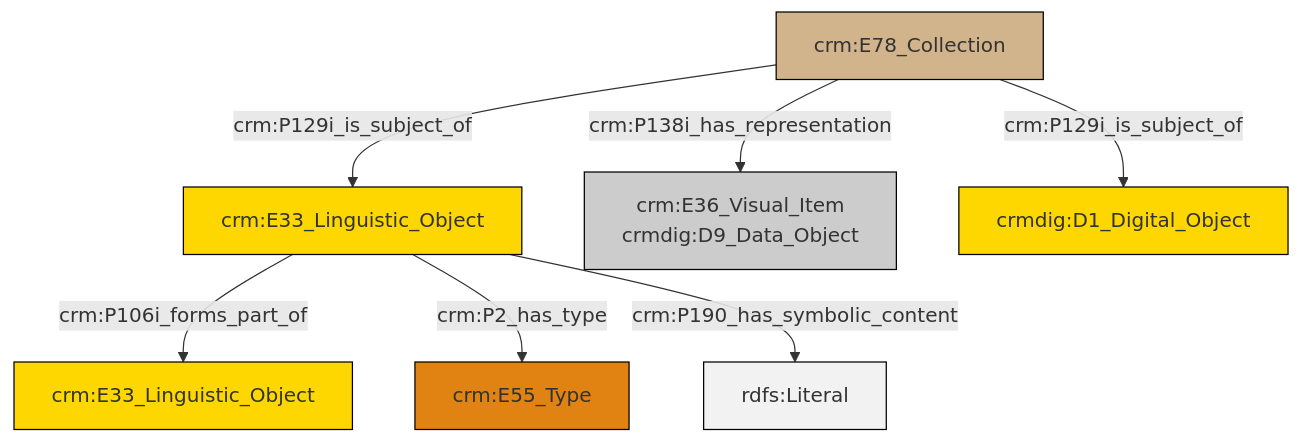
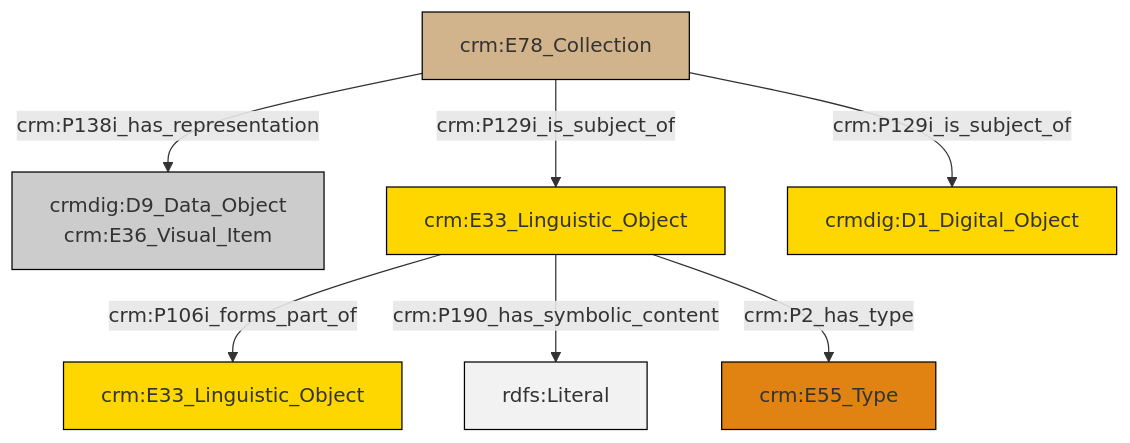
The diagram in et/archivalCSV/ttl/mmd/archival_docs.ttl.mmd (swiss-art-research-net/docs.swissartresearch), drawn with Mermaid before and after one commit. The commit also changed 201 other files, not shown here.

```diff
--- a/et/archivalCSV/ttl/mmd/archival_docs.ttl.mmd
+++ b/et/archivalCSV/ttl/mmd/archival_docs.ttl.mmd
@@ -1,21 +1,21 @@
 graph TD
 classDef Literal fill:#f2f2f2,stroke:#000000;
 classDef CRM_Entity fill:#FFFFFF,stroke:#000000;
 classDef Temporal_Entity fill:#00C9E6, stroke:#000000;
 classDef Type fill:#E18312, stroke:#000000;
 classDef Time-Span fill:#2C9C91, stroke:#000000;
 classDef Appellation fill:#FFEB7F, stroke:#000000;
 classDef Place fill:#008836, stroke:#000000;
 classDef Persistent_Item fill:#B266B2, stroke:#000000;
 classDef Conceptual_Object fill:#FFD700, stroke:#000000;
 classDef Physical_Thing fill:#D2B48C, stroke:#000000;
 classDef Actor fill:#f58aad, stroke:#000000;
 classDef PC_Classes fill:#4ce600, stroke:#000000;
 classDef Multi fill:#cccccc,stroke:#000000;
 
-0["crm:E33_Linguistic_Object"]:::Conceptual_Object -->|crm:P106i_forms_part_of| 1["crm:E33_Linguistic_Object"]:::Conceptual_Object
-7["crm:E78_Collection"]:::Physical_Thing -->|crm:P138i_has_representation| 3["crm:E36_Visual_Item<br>crmdig:D9_Data_Object"]:::Multi
-0["crm:E33_Linguistic_Object"]:::Conceptual_Object -->|crm:P2_has_type| 5["crm:E55_Type"]:::Type
-0["crm:E33_Linguistic_Object"]:::Conceptual_Object -->|crm:P190_has_symbolic_content| 9[rdfs:Literal]:::Literal
-7["crm:E78_Collection"]:::Physical_Thing -->|crm:P129i_is_subject_of| 0["crm:E33_Linguistic_Object"]:::Conceptual_Object
-7["crm:E78_Collection"]:::Physical_Thing -->|crm:P129i_is_subject_of| 12["crmdig:D1_Digital_Object"]:::Conceptual_Object
+0["crm:E78_Collection"]:::Physical_Thing -->|crm:P138i_has_representation| 1["crmdig:D9_Data_Object<br>crm:E36_Visual_Item"]:::Multi
+2["crm:E33_Linguistic_Object"]:::Conceptual_Object -->|crm:P106i_forms_part_of| 3["crm:E33_Linguistic_Object"]:::Conceptual_Object
+2["crm:E33_Linguistic_Object"]:::Conceptual_Object -->|crm:P190_has_symbolic_content| 5[rdfs:Literal]:::Literal
+2["crm:E33_Linguistic_Object"]:::Conceptual_Object -->|crm:P2_has_type| 6["crm:E55_Type"]:::Type
+0["crm:E78_Collection"]:::Physical_Thing -->|crm:P129i_is_subject_of| 2["crm:E33_Linguistic_Object"]:::Conceptual_Object
+0["crm:E78_Collection"]:::Physical_Thing -->|crm:P129i_is_subject_of| 7["crmdig:D1_Digital_Object"]:::Conceptual_Object
```
